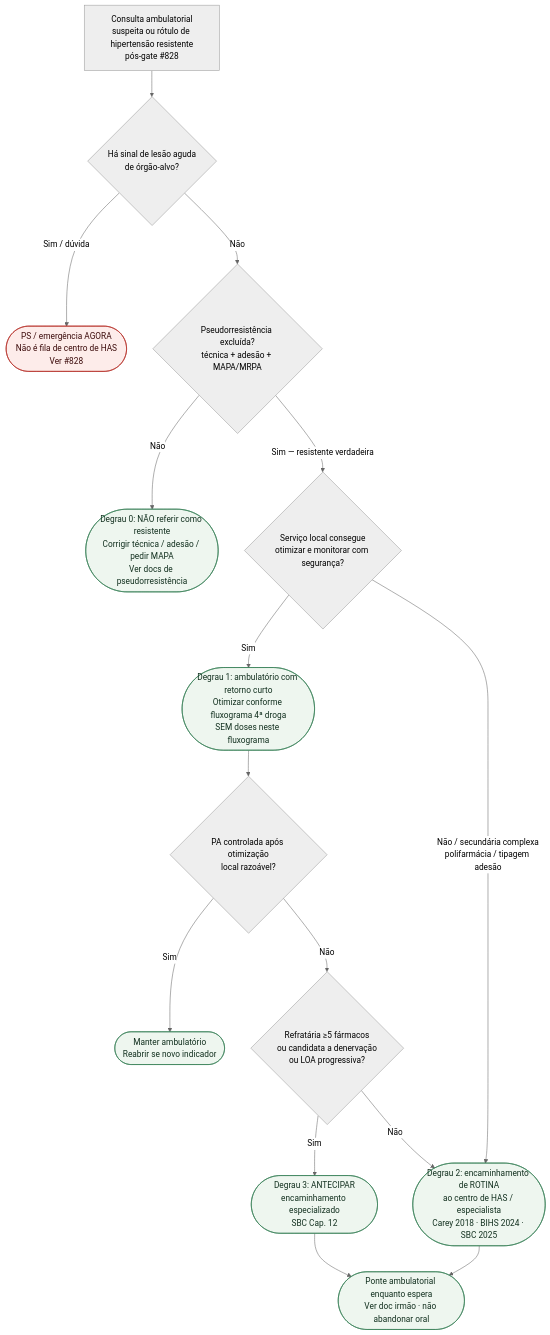
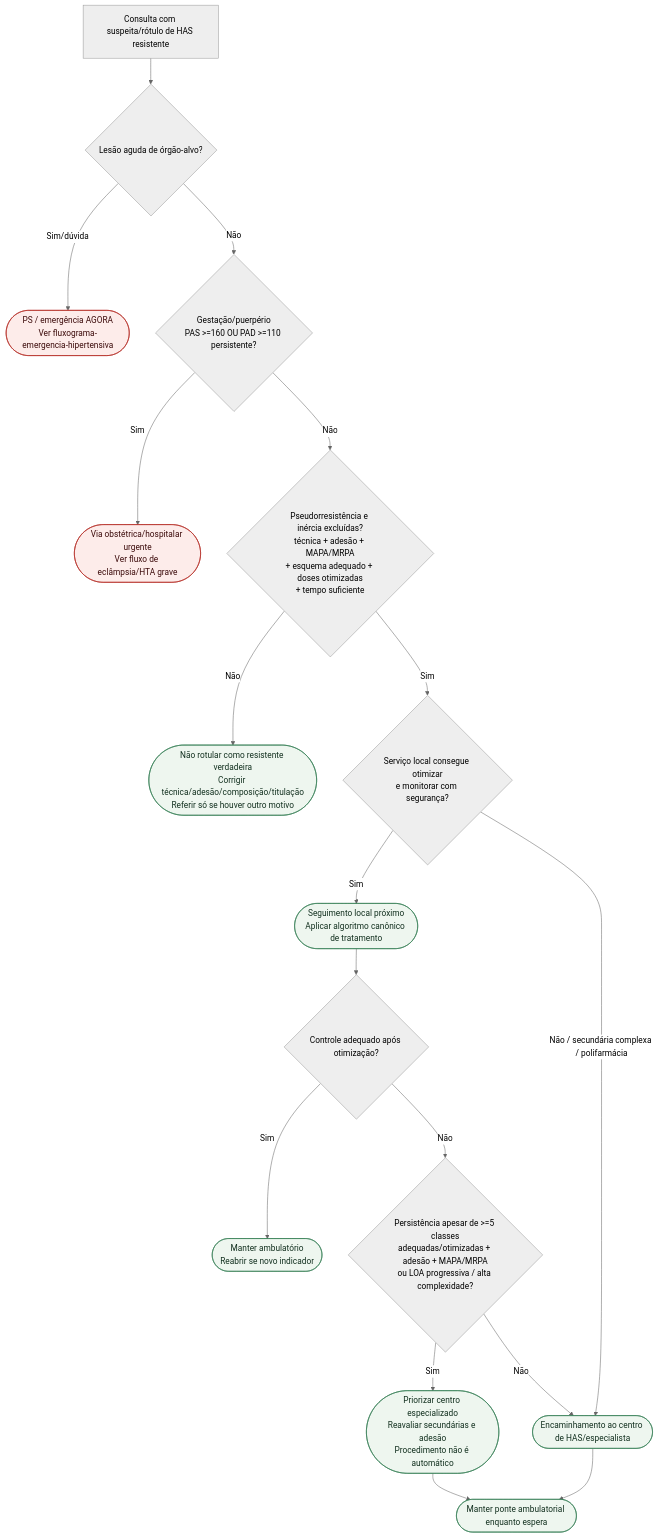
Before and after one commit to rafaelpaesmeirelles/MeuCardio: the diagram in content/Hipertensão/fluxograma-timing-encaminhamento-ambulatorial-hipertensao-resistente.md, drawn with Mermaid (neutral theme). The commit also changed other lines of this file, not shown here.

Commit message:
fix(content): revisa fluxograma de HAS resistente

````diff
--- a/content/Hipertensão/fluxograma-timing-encaminhamento-ambulatorial-hipertensao-resistente.md
+++ b/content/Hipertensão/fluxograma-timing-encaminhamento-ambulatorial-hipertensao-resistente.md
@@ -26,31 +22,29 @@
 ```mermaid
 flowchart TD
-  R0["Consulta ambulatorial<br/>suspeita ou rótulo de hipertensão resistente<br/>pós-gate #828"] --> D0{"Há sinal de lesão aguda<br/>de órgão-alvo?"}
+  R0["Consulta com suspeita/rótulo de HAS resistente"] --> D0{"Lesão aguda de órgão-alvo?"}
+  D0 -->|"Sim/dúvida"| C0(["PS / emergência AGORA<br/>Ver fluxograma-emergencia-hipertensiva"])
 
-  D0 -->|"Sim / dúvida"| C0(["PS / emergência AGORA<br/>Não é fila de centro de HAS<br/>Ver #828"])
+  D0 -->|"Não"| OB{"Gestação/puerpério<br/>PAS >=160 OU PAD >=110 persistente?"}
+  OB -->|"Sim"| COB(["Via obstétrica/hospitalar urgente<br/>Ver fluxo de eclâmpsia/HTA grave"])
+  OB -->|"Não"| D1{"Pseudorresistência e inércia excluídas?<br/>técnica + adesão + MAPA/MRPA<br/>+ esquema adequado + doses otimizadas<br/>+ tempo suficiente"}
 
-  D0 -->|"Não"| D1{"Pseudorresistência excluída?<br/>técnica + adesão + MAPA/MRPA"}
+  D1 -->|"Não"| C1(["Não rotular como resistente verdadeira<br/>Corrigir técnica/adesão/composição/titulação<br/>Referir só se houver outro motivo"])
 
-  D1 -->|"Não"| C1(["Degrau 0: NÃO referir como resistente<br/>Corrigir técnica / adesão / pedir MAPA<br/>Ver docs de pseudorresistência"])
+  D1 -->|"Sim"| D2{"Serviço local consegue otimizar<br/>e monitorar com segurança?"}
+  D2 -->|"Sim"| C2(["Seguimento local próximo<br/>Aplicar algoritmo canônico de tratamento"])
+  D2 -->|"Não / secundária complexa / polifarmácia"| C3(["Encaminhamento ao centro de HAS/especialista"])
 
-  D1 -->|"Sim — resistente verdadeira"| D2{"Serviço local consegue<br/>otimizar e monitorar com segurança?"}
+  C2 --> D3{"Controle adequado após otimização?"}
+  D3 -->|"Sim"| C4(["Manter ambulatório<br/>Reabrir se novo indicador"])
+  D3 -->|"Não"| D4{"Persistência apesar de >=5 classes<br/>adequadas/otimizadas + adesão + MAPA/MRPA<br/>ou LOA progressiva / alta complexidade?"}
+  D4 -->|"Não"| C3
+  D4 -->|"Sim"| C5(["Priorizar centro especializado<br/>Reavaliar secundárias e adesão<br/>Procedimento não é automático"])
 
-  D2 -->|"Sim"| C2(["Degrau 1: ambulatório com retorno curto<br/>Otimizar conforme fluxograma 4ª droga<br/>SEM doses neste fluxograma"])
-
-  D2 -->|"Não / secundária complexa<br/>polifarmácia / tipagem adesão"| C3(["Degrau 2: encaminhamento de ROTINA<br/>ao centro de HAS / especialista<br/>Carey 2018 · BIHS 2024 · SBC 2025"])
-
-  C2 --> D3{"PA controlada após otimização<br/>local razoável?"}
-  D3 -->|"Sim"| C4(["Manter ambulatório<br/>Reabrir se novo indicador"])
-  D3 -->|"Não"| D4{"Refratária ≥5 fármacos<br/>ou candidata a denervação<br/>ou LOA progressiva?"}
-
-  D4 -->|"Sim"| C5(["Degrau 3: ANTECIPAR<br/>encaminhamento especializado<br/>SBC Cap. 12"])
-  D4 -->|"Não"| C3
-
-  C3 --> C6(["Ponte ambulatorial enquanto espera<br/>Ver doc irmão · não abandonar oral"])
+  C3 --> C6(["Manter ponte ambulatorial enquanto espera"])
   C5 --> C6
 
+  classDef alerta fill:#fdecea,stroke:#b3261e,color:#3b0a0a;
   classDef conduta fill:#eef6ef,stroke:#2f7a4f,color:#12301f;
-  classDef alerta fill:#fdecea,stroke:#b3261e,color:#3b0a0a;
-  class C0 alerta;
+  class C0,COB alerta;
   class C1,C2,C3,C4,C5,C6 conduta;
 ```
````
